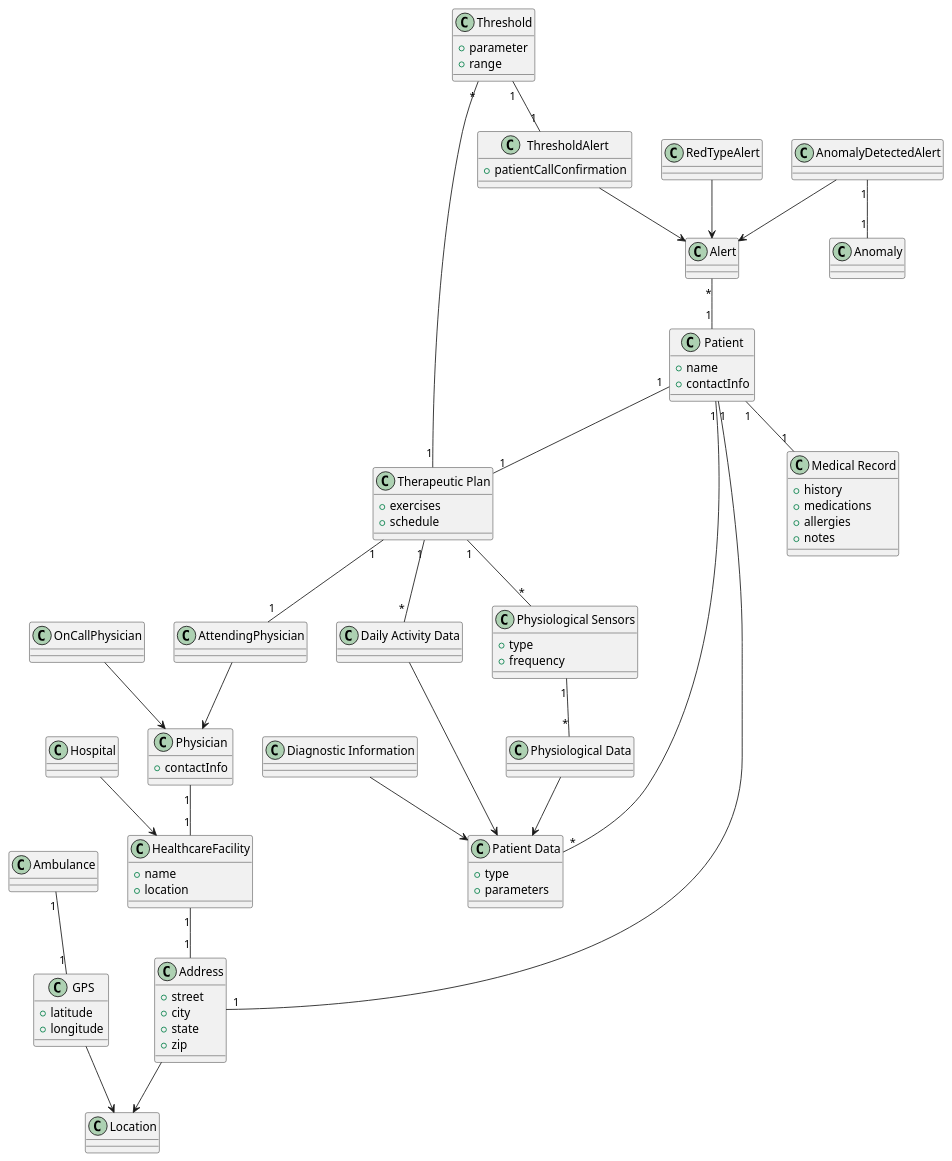
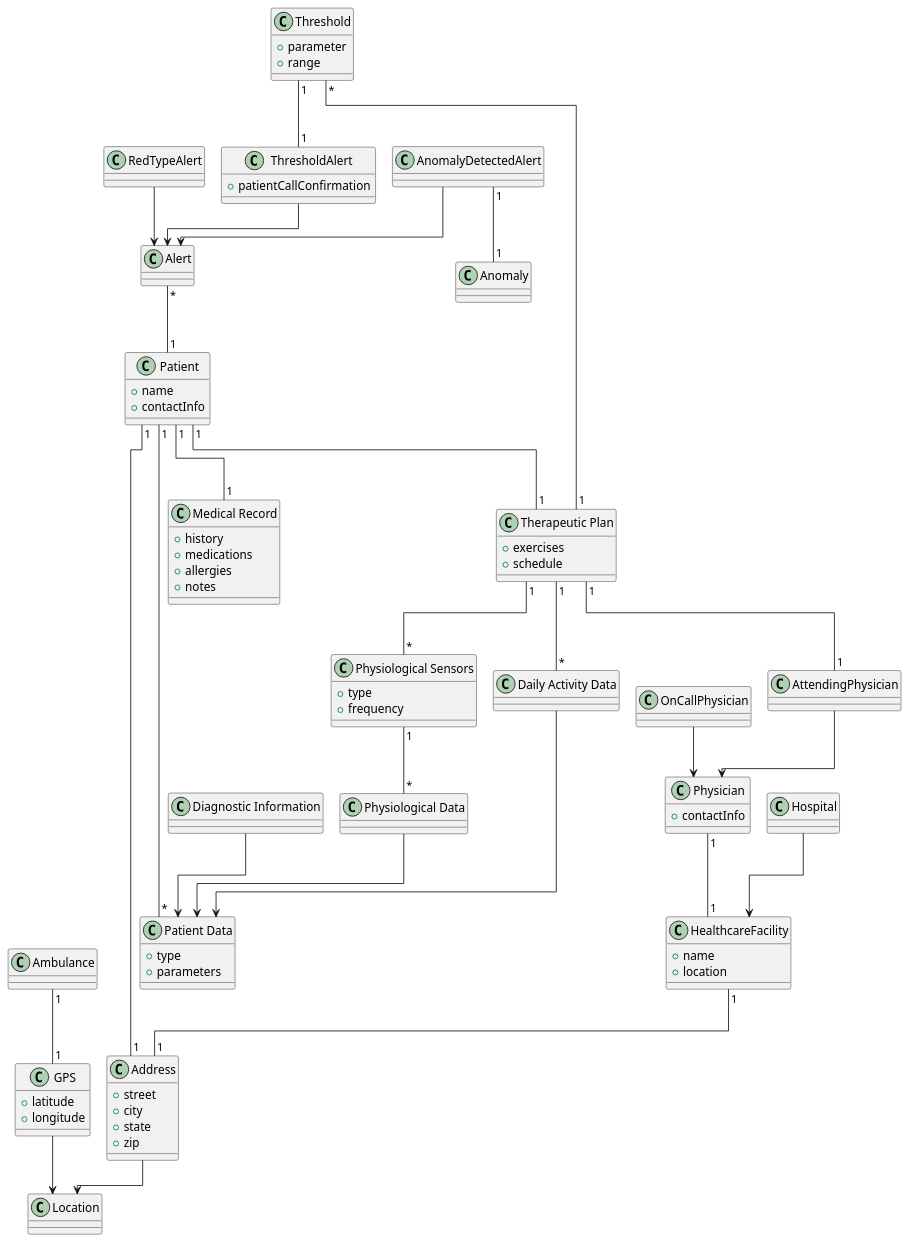
One commit to koalas11/Software-Architecture-Project changed the diagram in diagrams/data_diagram.plantuml. Above: the diagram before and after it, drawn with PlantUML. The commit also changed 3 other files, not shown here.

```diff
--- a/diagrams/data_diagram.plantuml
+++ b/diagrams/data_diagram.plantuml
@@ -1,127 +1,128 @@
 @startuml data_diagram
+!pragma layout elk 
 ' Class diagram for the problem architecture (WHAT)
 
 class Patient {
   +name
   +contactInfo
 }
 
 class "Medical Record" as MedicalRecord {
   +history
   +medications
   +allergies
   +notes
 }
 
 class "Therapeutic Plan" as TherapeuticPlan {
   +exercises
   +schedule
 }
 
 class "Patient Data" as PatientData {
   +type
   +parameters
 }
 
 class "Diagnostic Information" as DiagnosticInformation {}
 
 class "Physiological Data" as PhysiologicalData {}
 
 class "Daily Activity Data" as DailyActivityData {}
 
 class Physician {
   +contactInfo
 }
 
 class AttendingPhysician {}
 
 class OnCallPhysician {}
 
 class HealthcareFacility {
   +name
   +location
 }
 
 class Hospital {}
 
 class Ambulance {}
 
 class Alert {}
 
 class RedTypeAlert {}
 
 class AnomalyDetectedAlert {}
 
 class ThresholdAlert {
   + patientCallConfirmation
 }
 
 RedTypeAlert --> Alert
 AnomalyDetectedAlert --> Alert
 ThresholdAlert --> Alert
 
 class Anomaly {}
 
 
 class Location {}
 
 class Address {
   +street
   +city
   +state
   +zip
 }
 
 class GPS {
   +latitude
   +longitude
 }
 
 class "Physiological Sensors" as PhysiologicalSensors {
   +type
   +frequency
 }
 
 class Threshold {
   +parameter
   +range
 }
 
 Threshold "*" -- "1" TherapeuticPlan
 TherapeuticPlan "1" -- "*" DailyActivityData
 TherapeuticPlan "1" -- "*" PhysiologicalSensors
 PhysiologicalSensors "1" -- "*" PhysiologicalData
 
 Address --> Location
 GPS --> Location
 
 HealthcareFacility "1" -- "1" Address
 Ambulance "1" -- "1" GPS
 Patient "1" -- "1" Address
 
 AnomalyDetectedAlert "1" -- "1" Anomaly
 
 ' Relationships
 Patient "1" -- "1" MedicalRecord
 Patient "1" -- "1" TherapeuticPlan
 Patient "1" -- "*" PatientData
 
 TherapeuticPlan "1" -- "1" AttendingPhysician
 
 Hospital --> HealthcareFacility
 
 Physician "1" -- "1" HealthcareFacility
 
 AttendingPhysician --> Physician
 OnCallPhysician --> Physician
 
 PhysiologicalData --> PatientData
 DailyActivityData --> PatientData
 DiagnosticInformation --> PatientData
 
 Alert "*" -- "1" Patient
 
 Threshold "1" -- "1" ThresholdAlert
 
 
 @enduml
```
